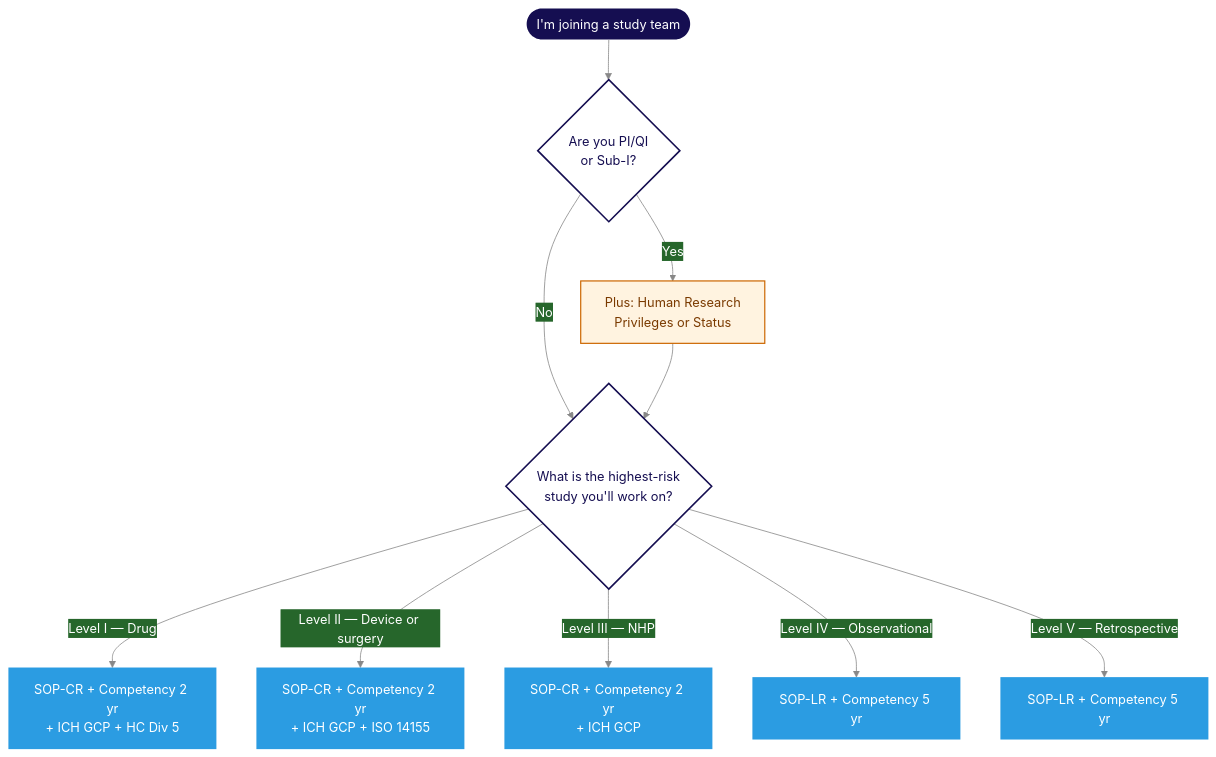
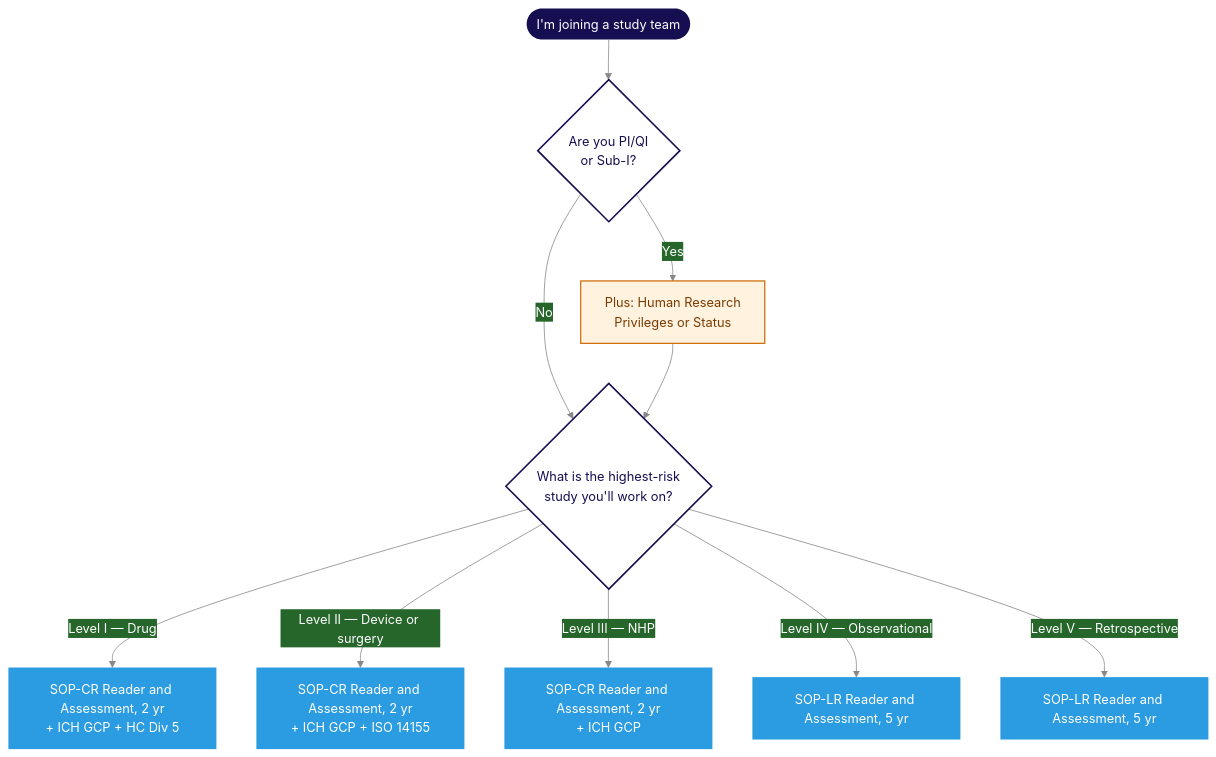
Before and after one commit to matthewfiorentino/docs: the diagram in training/compliance-requirements.mdx, drawn with Mermaid. The commit also changed other lines of this file and 169 other files, not shown here.

````diff
--- a/training/compliance-requirements.mdx
+++ b/training/compliance-requirements.mdx
@@ -57,23 +57,23 @@
 ```mermaid
 %%{init: {'theme':'base','themeVariables':{'primaryColor':'#2b2666','primaryTextColor':'#ffffff','primaryBorderColor':'#2b2666','lineColor':'#888','fontFamily':'system-ui,sans-serif'}}}%%
 flowchart TD
     Start([I'm joining a study team]) --> Q1{Are you PI/QI<br/>or Sub-I?}
     Q1 -->|Yes| P[Plus: Human Research<br/>Privileges or Status]
     Q1 -->|No| Q2{What is the highest-risk<br/>study you'll work on?}
     P --> Q2
-    Q2 -->|Level I — Drug| L1[SOP-CR + Competency 2 yr<br/>+ ICH GCP + HC Div 5]
-    Q2 -->|Level II — Device or surgery| L2[SOP-CR + Competency 2 yr<br/>+ ICH GCP + ISO 14155]
-    Q2 -->|Level III — NHP| L3[SOP-CR + Competency 2 yr<br/>+ ICH GCP]
-    Q2 -->|Level IV — Observational| L4[SOP-LR + Competency 5 yr]
-    Q2 -->|Level V — Retrospective| L5[SOP-LR + Competency 5 yr]
+    Q2 -->|Level I — Drug| L1[SOP-CR Reader and Assessment, 2 yr<br/>+ ICH GCP + HC Div 5]
+    Q2 -->|Level II — Device or surgery| L2[SOP-CR Reader and Assessment, 2 yr<br/>+ ICH GCP + ISO 14155]
+    Q2 -->|Level III — NHP| L3[SOP-CR Reader and Assessment, 2 yr<br/>+ ICH GCP]
+    Q2 -->|Level IV — Observational| L4[SOP-LR Reader and Assessment, 5 yr]
+    Q2 -->|Level V — Retrospective| L5[SOP-LR Reader and Assessment, 5 yr]
 
     style Start fill:#150e51,color:#fff,stroke:none
     style Q1 fill:#fff,color:#150e51,stroke:#150e51,stroke-width:2px
     style Q2 fill:#fff,color:#150e51,stroke:#150e51,stroke-width:2px
     style P fill:#fff3e0,color:#7a3a00,stroke:#cc6600,stroke-width:1.5px
     style L1 fill:#2b9ce2,color:#fff,stroke:none
     style L2 fill:#2b9ce2,color:#fff,stroke:none
     style L3 fill:#2b9ce2,color:#fff,stroke:none
     style L4 fill:#2b9ce2,color:#fff,stroke:none
     style L5 fill:#2b9ce2,color:#fff,stroke:none
 ```
````
